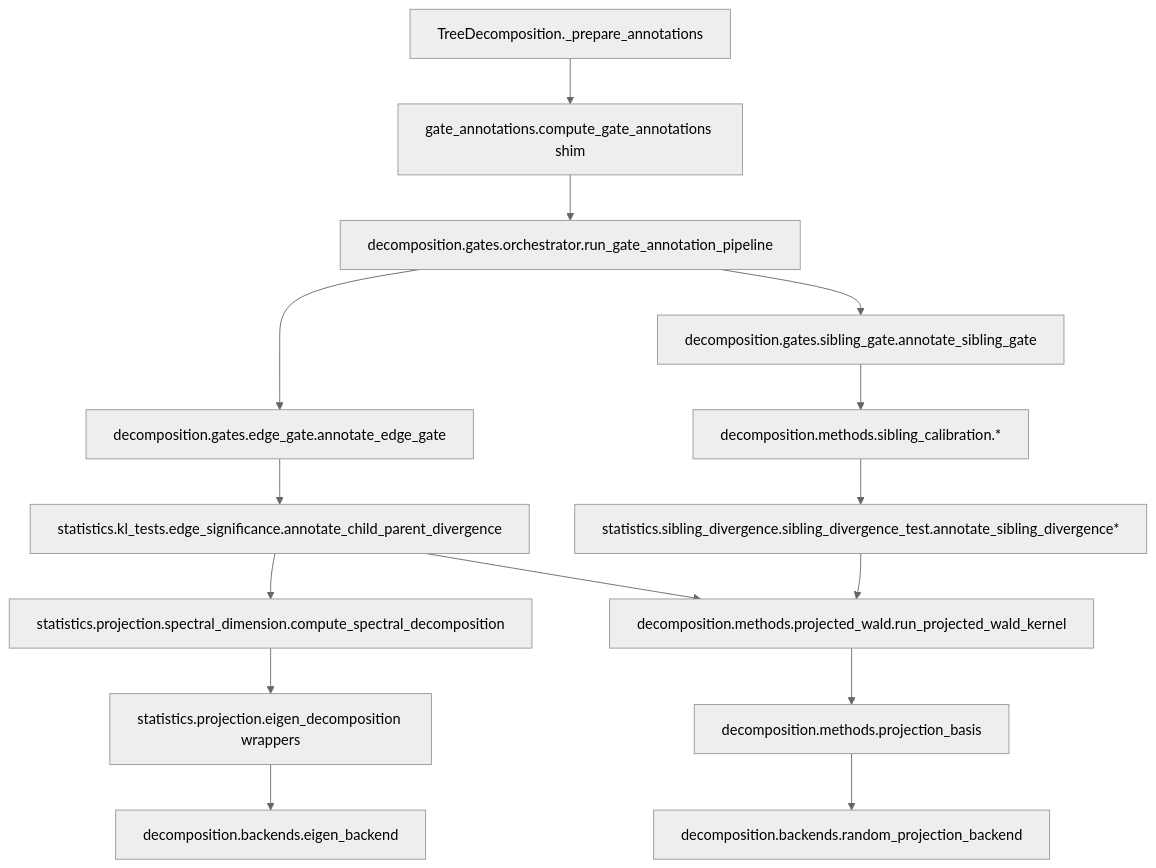
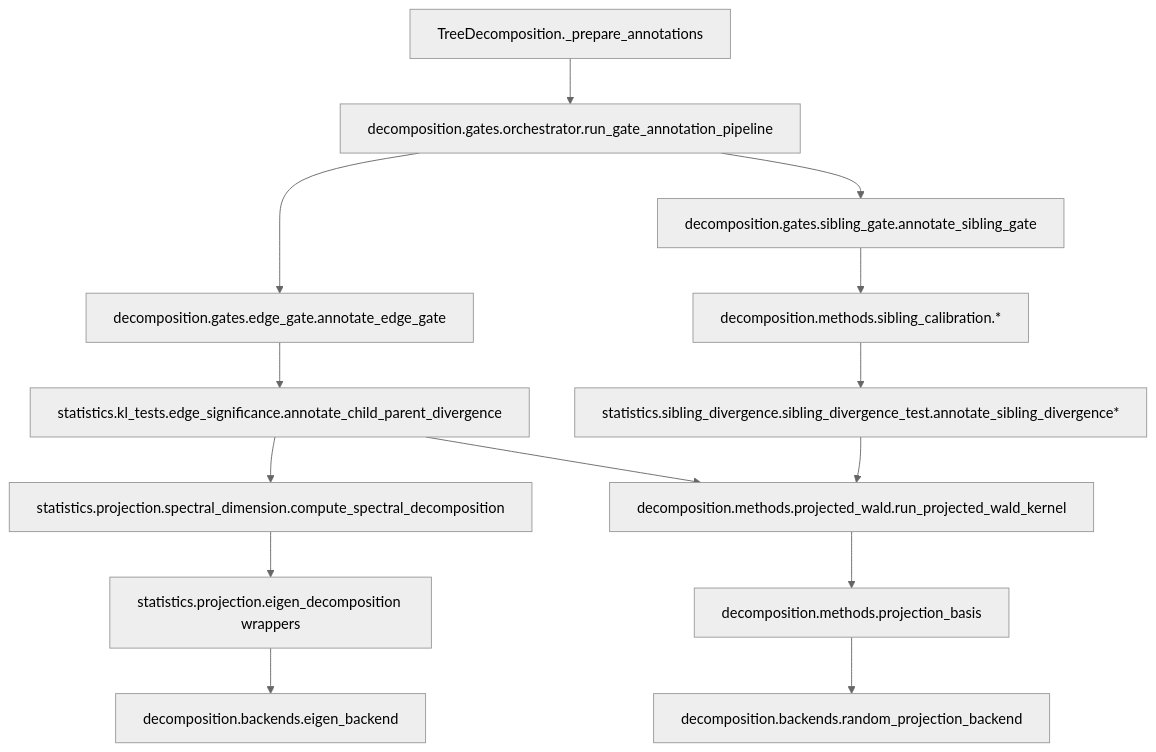
The diagram in docs/decomposition_method_maps.md (EnesSakalliUniWien/kl-tree-cluster), drawn with Mermaid (neutral theme) before and after one commit. The commit also changed other lines of this file and 38 other files, not shown here.

Commit message:
refactor(decomposition): relocate gate runtime modules, update tests/docs, and archive legacy scripts

````diff
--- a/docs/decomposition_method_maps.md
+++ b/docs/decomposition_method_maps.md
@@ -9,20 +9,19 @@
 ```mermaid
 flowchart TD
-    TD[TreeDecomposition._prepare_annotations] --> GA[gate_annotations.compute_gate_annotations shim]
-    GA --> ORCH[decomposition.gates.orchestrator.run_gate_annotation_pipeline]
+    TD[TreeDecomposition._prepare_annotations] --> ORCH[decomposition.gates.orchestrator.run_gate_annotation_pipeline]
 
     ORCH --> EG[decomposition.gates.edge_gate.annotate_edge_gate]
     ORCH --> SG[decomposition.gates.sibling_gate.annotate_sibling_gate]
 
     EG --> CP[statistics.kl_tests.edge_significance.annotate_child_parent_divergence]
     CP --> SD[statistics.projection.spectral_dimension.compute_spectral_decomposition]
     SD --> EWRAP[statistics.projection.eigen_decomposition wrappers]
     EWRAP --> EBACK[decomposition.backends.eigen_backend]
     CP --> PW[decomposition.methods.projected_wald.run_projected_wald_kernel]
     PW --> PB[decomposition.methods.projection_basis]
     PB --> RBACK[decomposition.backends.random_projection_backend]
 
     SG --> SC[decomposition.methods.sibling_calibration.*]
     SC --> ST[statistics.sibling_divergence.sibling_divergence_test.annotate_sibling_divergence*]
     ST --> PW
 ```
````
